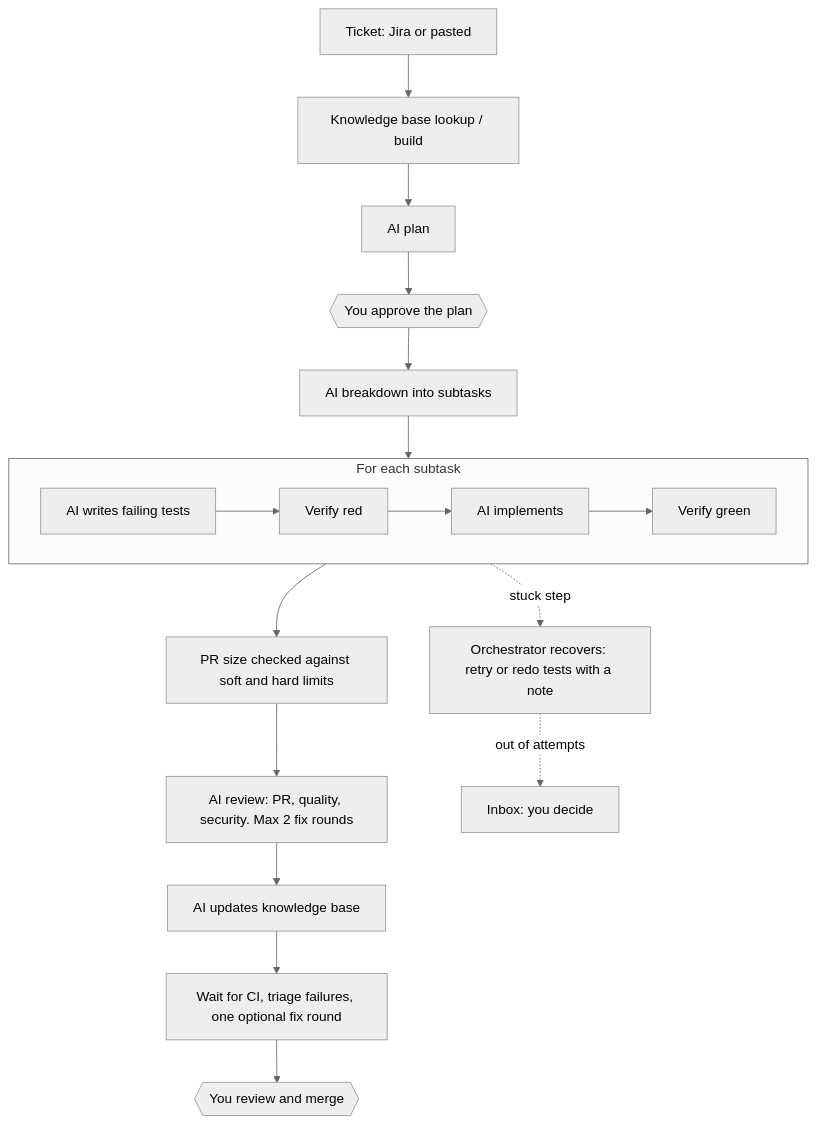
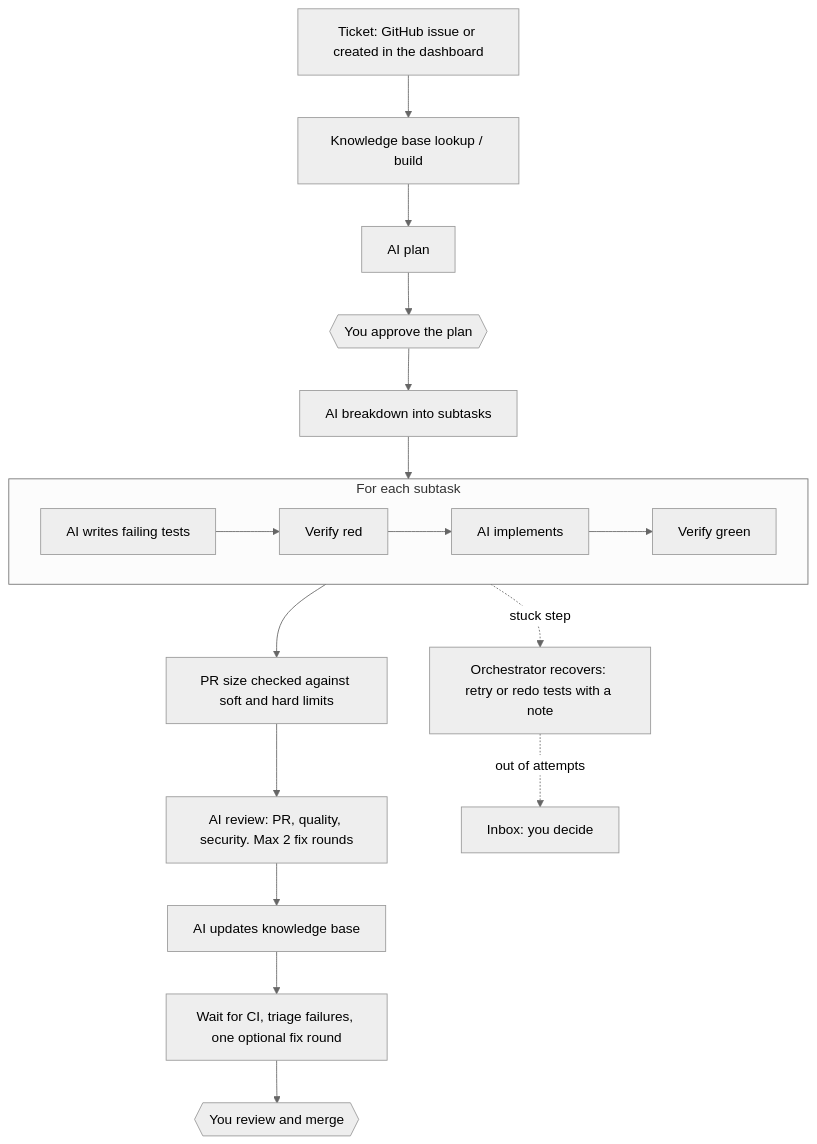
Before and after one commit to pjx16/sdlc-agent: the diagram in README.md, drawn with Mermaid (neutral theme). The commit also changed other lines of this file and 203 other files, not shown here.

First line of the commit message:
feat: remove Jira from the dashboard, API, worker, agents, database and docs

````diff
--- a/README.md
+++ b/README.md
@@ -47,21 +47,21 @@
 ```mermaid
 flowchart TD
-  T[Ticket: Jira or pasted] --> KB[Knowledge base lookup / build]
+  T[Ticket: GitHub issue or created in the dashboard] --> KB[Knowledge base lookup / build]
   KB --> P[AI plan]
   P --> G1{{You approve the plan}}
   G1 --> B[AI breakdown into subtasks]
   B --> L
 
   subgraph L[For each subtask]
     direction LR
     TS[AI writes failing tests] --> VR[Verify red] --> IM[AI implements] --> VG[Verify green]
   end
 
   L --> SZ[PR size checked against soft and hard limits]
   SZ --> R[AI review: PR, quality, security. Max 2 fix rounds]
   R --> KU[AI updates knowledge base]
   KU --> CI[Wait for CI, triage failures, one optional fix round]
   CI --> H{{You review and merge}}
   L -. stuck step .-> REC[Orchestrator recovers: retry or redo tests with a note]
   REC -. out of attempts .-> INB[Inbox: you decide]
 ```
````
